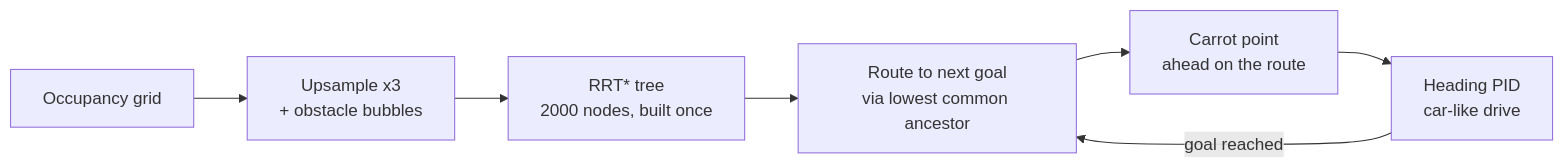
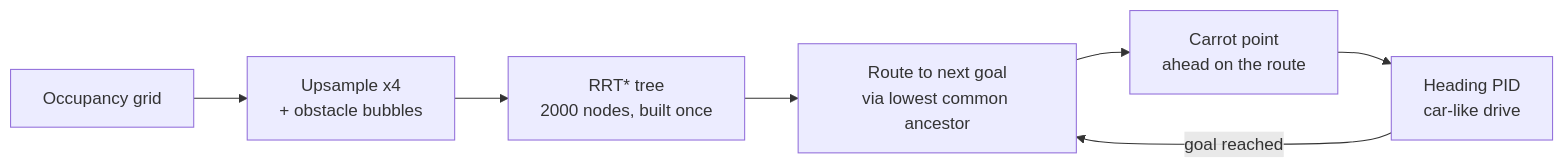
Before and after one commit to Lynean/rb2301: the diagram in CA2.md, drawn with Mermaid. The commit also changed other lines of this file and 3 other files, not shown here.

````diff
--- a/CA2.md
+++ b/CA2.md
@@ -13,9 +13,9 @@
 ```mermaid
 flowchart LR
-    A[Occupancy grid] --> B[Upsample x3<br/>+ obstacle bubbles]
+    A[Occupancy grid] --> B[Upsample x4<br/>+ obstacle bubbles]
     B --> C[RRT* tree<br/>2000 nodes, built once]
     C --> D[Route to next goal<br/>via lowest common ancestor]
     D --> E[Carrot point<br/>ahead on the route]
     E --> F[Heading PID<br/>car-like drive]
     F -->|goal reached| D
 ```
````
